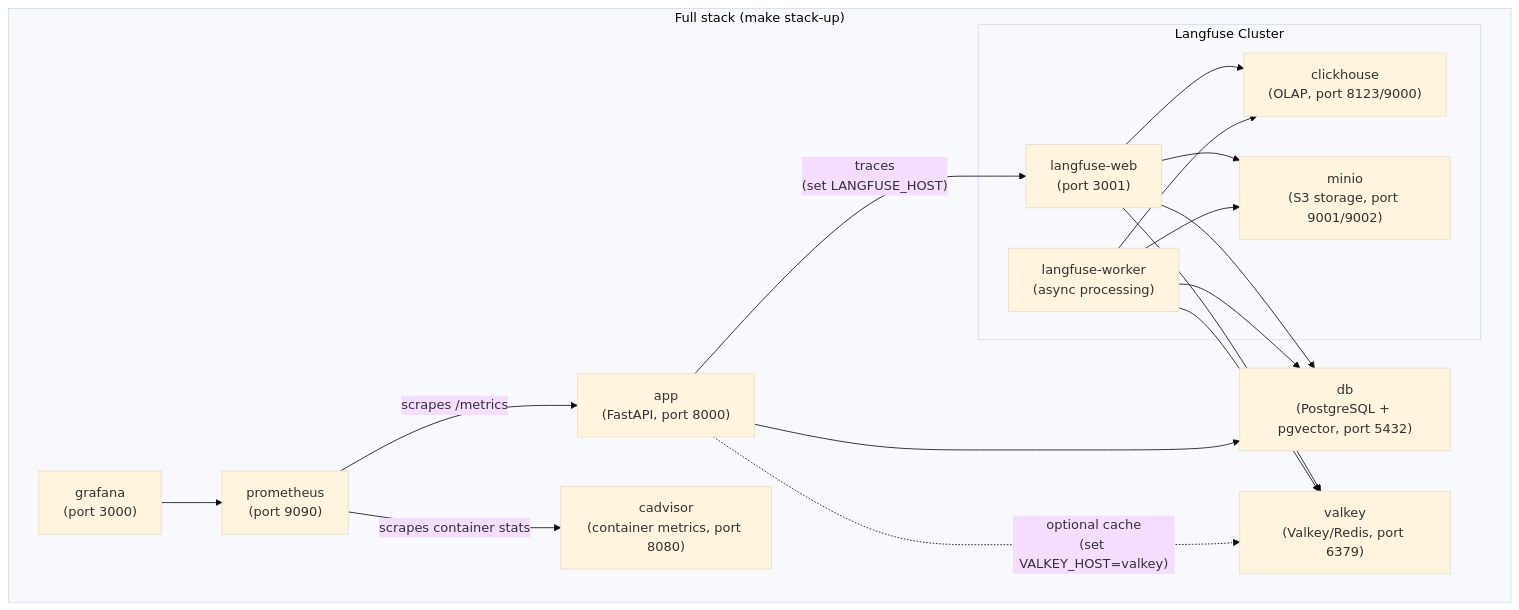
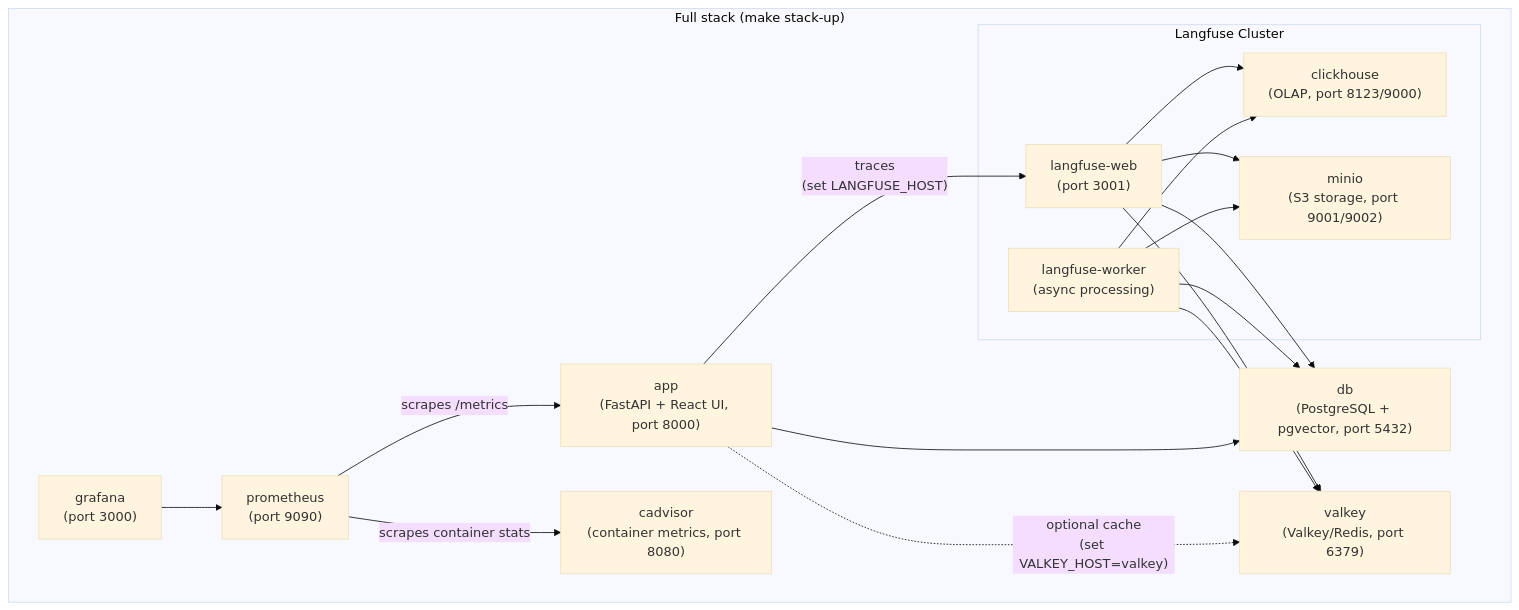
Before and after one commit to krisw4935-spec/agent: the diagram in docs/docker.md, drawn with Mermaid (base theme). The commit also changed other lines of this file and 4 other files, not shown here.

````diff
--- a/docs/docker.md
+++ b/docs/docker.md
@@ -5,33 +5,33 @@
 ```mermaid
 graph TB
     subgraph stack["Full stack (make stack-up)"]
-        app["app\n(FastAPI, port 8000)"]
+        app["app\n(FastAPI + React UI, port 8000)"]
         db["db\n(PostgreSQL + pgvector, port 5432)"]
         valkey["valkey\n(Valkey/Redis, port 6379)"]
         prometheus["prometheus\n(port 9090)"]
         grafana["grafana\n(port 3000)"]
         cadvisor["cadvisor\n(container metrics, port 8080)"]
         
         subgraph langfuse["Langfuse Cluster"]
             lf_web["langfuse-web\n(port 3001)"]
             lf_worker["langfuse-worker\n(async processing)"]
             clickhouse["clickhouse\n(OLAP, port 8123/9000)"]
             minio["minio\n(S3 storage, port 9001/9002)"]
         end
     end
 
     app --> db
     app -.->|"optional cache\n(set VALKEY_HOST=valkey)"| valkey
     app -->|"traces\n(set LANGFUSE_HOST)"| lf_web
     lf_web --> db
     lf_web --> clickhouse
     lf_web --> minio
     lf_web --> valkey
     lf_worker --> db
     lf_worker --> clickhouse
     lf_worker --> minio
     lf_worker --> valkey
     prometheus -->|"scrapes /metrics"| app
     prometheus -->|"scrapes container stats"| cadvisor
     grafana --> prometheus
 ```
````
